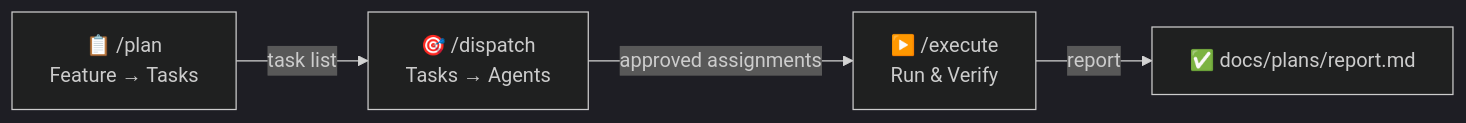
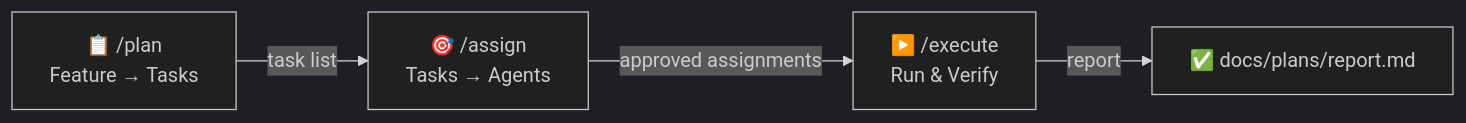
The second of 2 diagrams in README.md (nikita-voloshyn/forgeline), drawn with Mermaid (dark theme) before and after one commit. The commit also changed other lines of this file and 24 other files, not shown here.

````diff
--- a/README.md
+++ b/README.md
@@ -84,6 +84,6 @@
 ```mermaid
 flowchart LR
-    Plan[📋 /plan<br/>Feature → Tasks] -->|task list| Dispatch[🎯 /dispatch<br/>Tasks → Agents]
-    Dispatch -->|approved assignments| Execute[▶️ /execute<br/>Run & Verify]
+    Plan[📋 /plan<br/>Feature → Tasks] -->|task list| Assign[🎯 /assign<br/>Tasks → Agents]
+    Assign -->|approved assignments| Execute[▶️ /execute<br/>Run & Verify]
     Execute -->|report| Done[✅ docs/plans/report.md]
 ```
````
